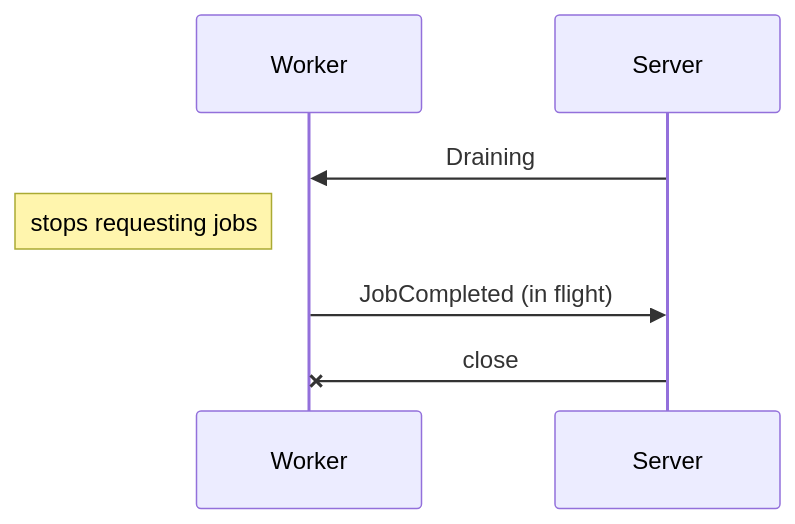
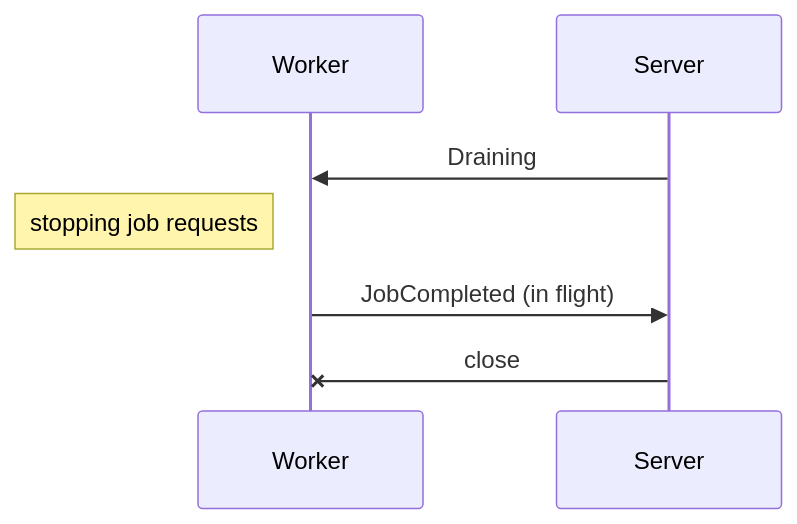
Before and after one commit to wavelens/gradient: the second of 2 diagrams in docs/src/contributors/proto/connection.md, drawn with Mermaid. The commit also changed other lines of this file and 70 other files, not shown here.

````diff
--- a/docs/src/contributors/proto/connection.md
+++ b/docs/src/contributors/proto/connection.md
@@ -94,9 +99,9 @@
 ```mermaid
 sequenceDiagram
     participant W as Worker
     participant S as Server
     S->>W: Draining
-    Note left of W: stops requesting jobs
+    Note left of W: stopping job requests
     W->>S: JobCompleted (in flight)
     S-xW: close
 ```
````
